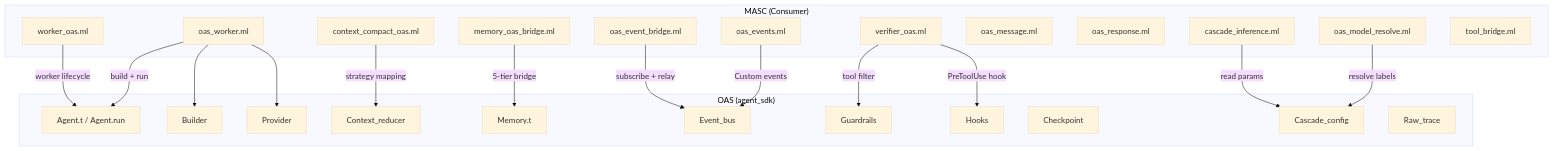
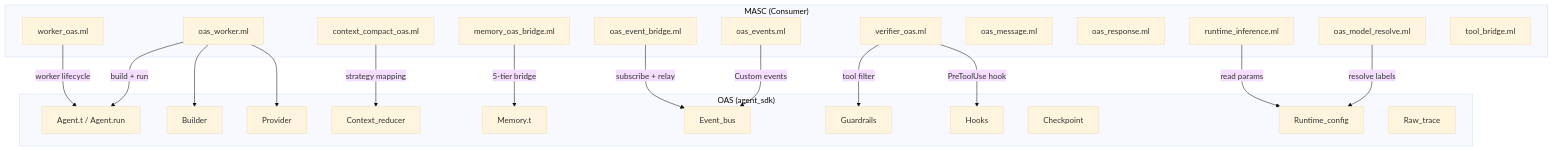
The diagram in docs/spec/13-oas-integration.md (jeong-sik/masc), drawn with Mermaid (base theme) before and after one commit. The commit also changed other lines of this file and 1195 other files, not shown here.

````diff
--- a/docs/spec/13-oas-integration.md
+++ b/docs/spec/13-oas-integration.md
@@ -52,42 +52,42 @@
 ```mermaid
 graph TB
   subgraph "MASC (Consumer)"
     OW[oas_worker.ml]
     WO[worker_oas.ml]
     VO[verifier_oas.ml]
     CC[context_compact_oas.ml]
     MOB[memory_oas_bridge.ml]
     OE[oas_events.ml]
     OSB[oas_event_bridge.ml]
     OM[oas_message.ml]
     OR[oas_response.ml]
     OMR[oas_model_resolve.ml]
-    CI[cascade_inference.ml]
+    CI[runtime_inference.ml]
     TB[tool_bridge.ml]
   end
   subgraph "OAS (agent_sdk)"
     AG[Agent.t / Agent.run]
     BU[Builder]
     PR[Provider]
     CR[Context_reducer]
     MB[Memory.t]
     EB[Event_bus]
     GR[Guardrails]
     HK[Hooks]
     CK[Checkpoint]
-    CC2[Cascade_config]
+    CC2[Runtime_config]
     RT[Raw_trace]
   end
   OW -->|"build + run"| AG
   OW --> BU
   OW --> PR
   WO -->|"worker lifecycle"| AG
   VO -->|"PreToolUse hook"| HK
   VO -->|"tool filter"| GR
   CC -->|"strategy mapping"| CR
   MOB -->|"5-tier bridge"| MB
   OE -->|"Custom events"| EB
   OSB -->|"subscribe + relay"| EB
   OMR -->|"resolve labels"| CC2
   CI -->|"read params"| CC2
 ```
````
